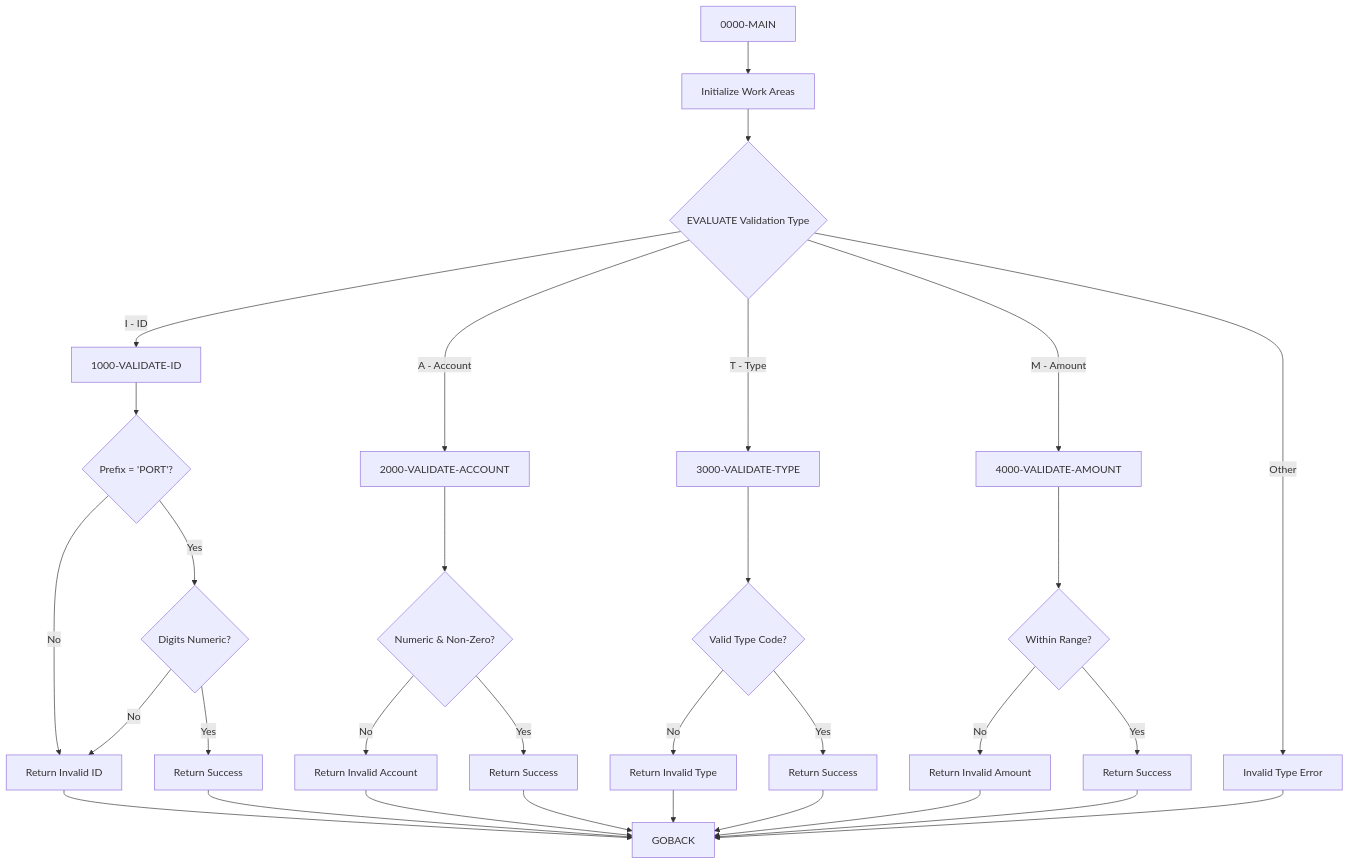
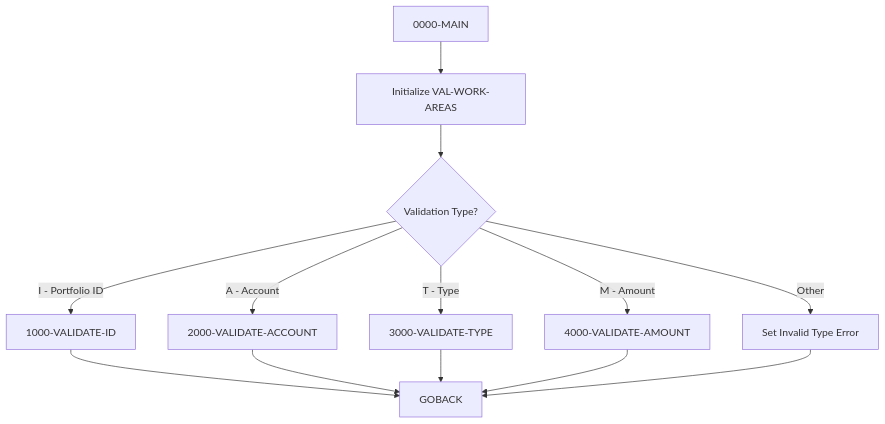
Before and after one commit to haladir-com/legacy-benchmark-docs-vb70e1: the diagram in docs/programs/PORTVALD.mdx, drawn with Mermaid. The commit also changed other lines of this file and 64 other files, not shown here.

````diff
--- a/docs/programs/PORTVALD.mdx
+++ b/docs/programs/PORTVALD.mdx
@@ -19,39 +21,17 @@
 ```mermaid
 graph TD
-    A[0000-MAIN] --> B[Initialize Work Areas]
-    B --> C{EVALUATE Validation Type}
+    A[0000-MAIN] --> B[Initialize VAL-WORK-AREAS]
+    B --> C{Validation Type?}
     
-    C -->|I - ID| D[1000-VALIDATE-ID]
+    C -->|I - Portfolio ID| D[1000-VALIDATE-ID]
     C -->|A - Account| E[2000-VALIDATE-ACCOUNT]
     C -->|T - Type| F[3000-VALIDATE-TYPE]
     C -->|M - Amount| G[4000-VALIDATE-AMOUNT]
-    C -->|Other| H[Invalid Type Error]
+    C -->|Other| H[Set Invalid Type Error]
     
-    D --> D1{Prefix = 'PORT'?}
-    D1 -->|No| D2[Return Invalid ID]
-    D1 -->|Yes| D3{Digits Numeric?}
-    D3 -->|No| D2
-    D3 -->|Yes| D4[Return Success]
-    
-    E --> E1{Numeric & Non-Zero?}
-    E1 -->|No| E2[Return Invalid Account]
-    E1 -->|Yes| E3[Return Success]
-    
-    F --> F1{Valid Type Code?}
-    F1 -->|No| F2[Return Invalid Type]
-    F1 -->|Yes| F3[Return Success]
-    
-    G --> G1{Within Range?}
-    G1 -->|No| G2[Return Invalid Amount]
-    G1 -->|Yes| G3[Return Success]
-    
-    D2 --> I[GOBACK]
-    D4 --> I
-    E2 --> I
-    E3 --> I
-    F2 --> I
-    F3 --> I
-    G2 --> I
-    G3 --> I
+    D --> I[GOBACK]
+    E --> I
+    F --> I
+    G --> I
     H --> I
 ```
````
